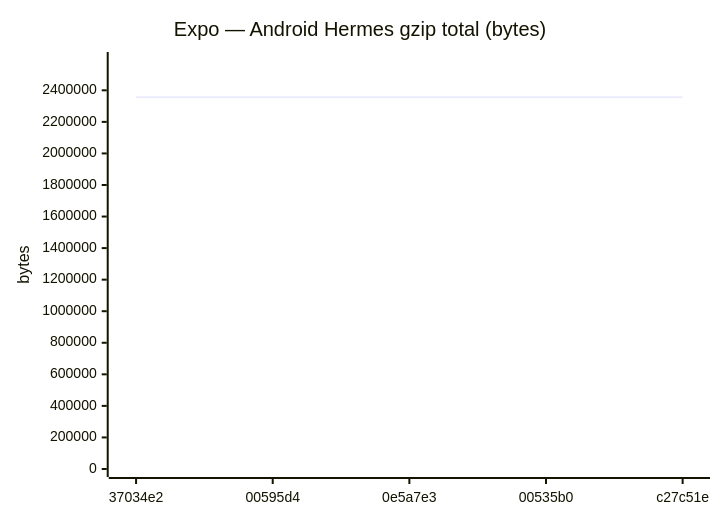
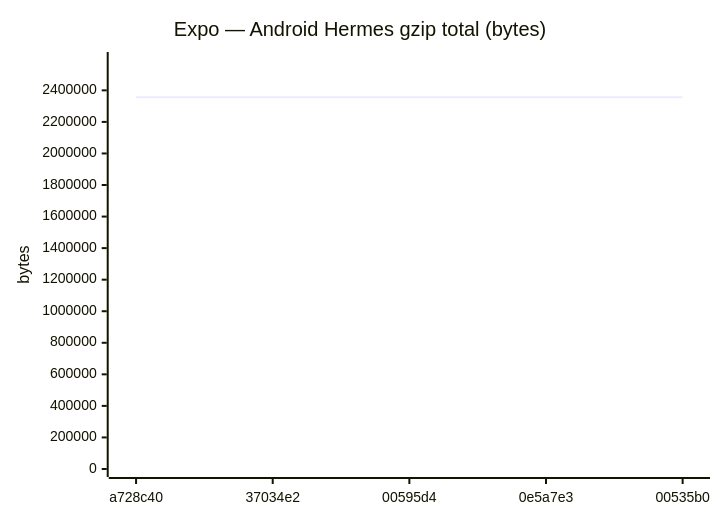
One commit to Metaheurist/Rianell changed diagram 15 of 24 in benchmarks/compare.md. Above: the diagram before and after it, drawn with Mermaid. The commit also changed other lines of this file and 12 other files, not shown here.

````diff
--- a/benchmarks/compare.md
+++ b/benchmarks/compare.md
@@ -213,7 +217,7 @@
 ```mermaid
 xychart-beta
     title "Expo — Android Hermes gzip total (bytes)"
-    x-axis ["37034e2", "00595d4", "0e5a7e3", "00535b0", "c27c51e"]
-    y-axis "bytes" 0 --> 2592122
-    line [2356472, 2356474, 2356472, 2356301, 2356304]
+    x-axis ["a728c40", "37034e2", "00595d4", "0e5a7e3", "00535b0"]
+    y-axis "bytes" 0 --> 2592354
+    line [2356685, 2356472, 2356474, 2356472, 2356301]
 ```
````
